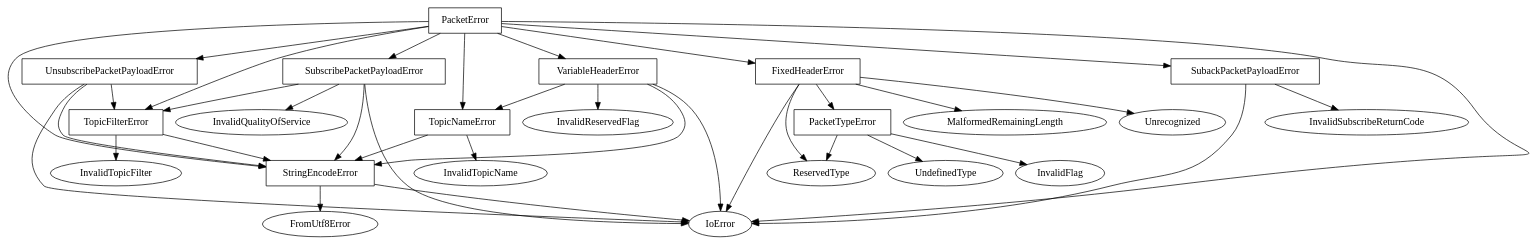
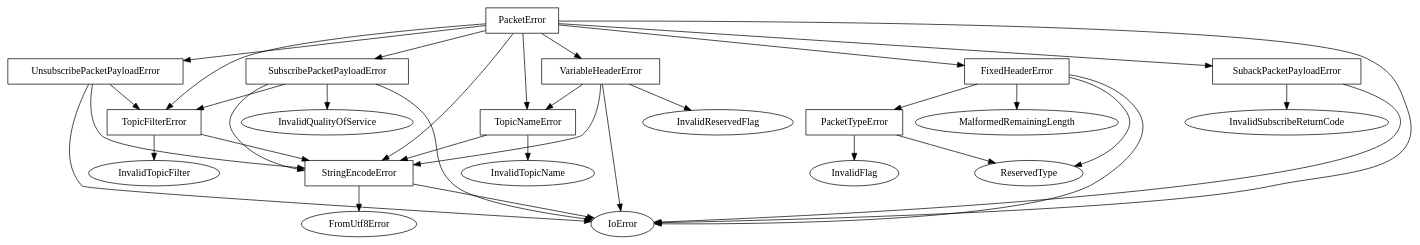
Before and after one commit to zonyitoo/mqtt-rs: the diagram in errortypes.dot, drawn with Graphviz. The commit also changed 4 other files, not shown here.

First line of the commit message:
Remove FixedHeaderError::Unrecognized and PacketTypeError::UndefinedType variants.

```diff
--- a/errortypes.dot
+++ b/errortypes.dot
@@ -1,60 +1,58 @@
 // Generated using the following shell command and some manual tinkering.
 // rg enum.*Error -A20 -I|sed -n /enum.*Error/,/}/p|rg -v //|sed 's/[(,].*//'
 
 digraph errors {
   TopicFilterError [shape=box]
   TopicFilterError -> StringEncodeError;
   TopicFilterError -> InvalidTopicFilter;
 
   TopicNameError [shape=box]
   TopicNameError -> StringEncodeError;
   TopicNameError -> InvalidTopicName;
 
   StringEncodeError [shape=box]
   StringEncodeError -> IoError;
   StringEncodeError -> FromUtf8Error;
 
   PacketTypeError [shape=box]
   PacketTypeError -> ReservedType;
-  PacketTypeError -> UndefinedType;
   PacketTypeError -> InvalidFlag;
 
   FixedHeaderError [shape=box]
   FixedHeaderError -> IoError;
   FixedHeaderError -> MalformedRemainingLength;
-  FixedHeaderError -> Unrecognized;
   FixedHeaderError -> ReservedType;
   FixedHeaderError -> PacketTypeError;
 
   SubscribePacketPayloadError [shape=box]
   SubscribePacketPayloadError -> IoError;
   SubscribePacketPayloadError -> StringEncodeError;
   SubscribePacketPayloadError -> InvalidQualityOfService;
   SubscribePacketPayloadError -> TopicFilterError;
 
   SubackPacketPayloadError [shape=box]
   SubackPacketPayloadError -> IoError;
   SubackPacketPayloadError -> InvalidSubscribeReturnCode;
 
   UnsubscribePacketPayloadError [shape=box]
   UnsubscribePacketPayloadError -> IoError;
   UnsubscribePacketPayloadError -> StringEncodeError;
   UnsubscribePacketPayloadError -> TopicFilterError;
 
   PacketError [shape=box]
   PacketError -> IoError;
   PacketError -> FixedHeaderError;
   PacketError -> VariableHeaderError;
   PacketError -> SubackPacketPayloadError;
   PacketError -> SubscribePacketPayloadError;
   PacketError -> UnsubscribePacketPayloadError;
   PacketError -> StringEncodeError;
   PacketError -> TopicNameError;
   PacketError -> TopicFilterError;
 
   VariableHeaderError [shape=box]
   VariableHeaderError -> IoError;
   VariableHeaderError -> StringEncodeError;
   VariableHeaderError -> InvalidReservedFlag;
   VariableHeaderError -> TopicNameError;
 }
```
